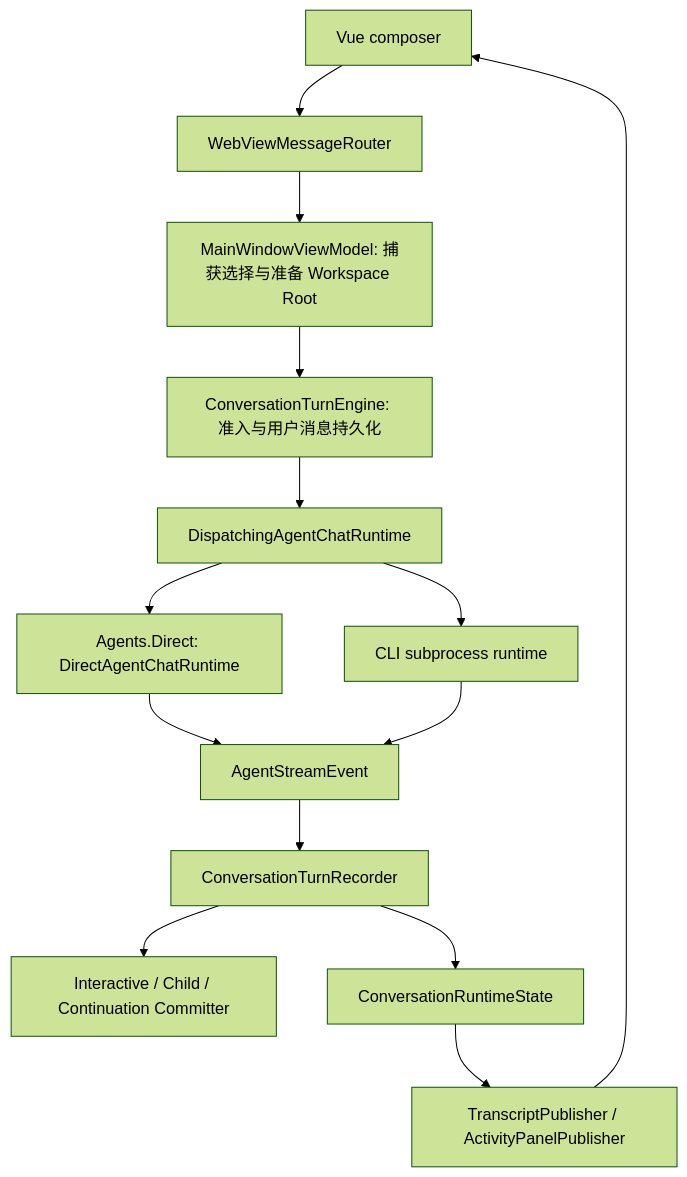
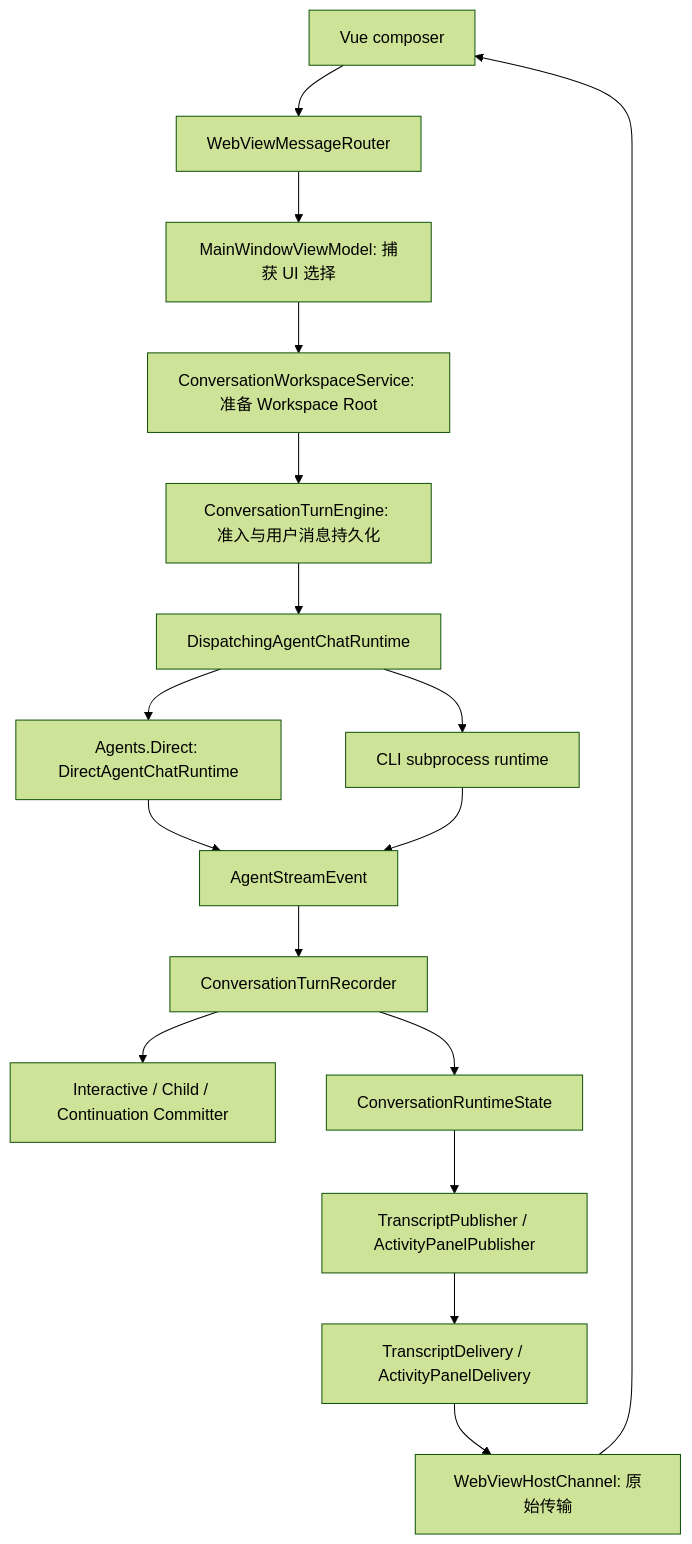
Before and after one commit to zj0135/SelfClaw: the diagram in docs/runtime-execution-flow.md, drawn with Mermaid (forest theme). The commit also changed other lines of this file and 189 other files, not shown here.

````diff
--- a/docs/runtime-execution-flow.md
+++ b/docs/runtime-execution-flow.md
@@ -7,16 +7,19 @@
 ```mermaid
 flowchart TD
     Vue[Vue composer] --> Router[WebViewMessageRouter]
-    Router --> VM[MainWindowViewModel: 捕获选择与准备 Workspace Root]
-    VM --> Engine[ConversationTurnEngine: 准入与用户消息持久化]
+    Router --> VM[MainWindowViewModel: 捕获 UI 选择]
+    VM --> Workspace[ConversationWorkspaceService: 准备 Workspace Root]
+    Workspace --> Engine[ConversationTurnEngine: 准入与用户消息持久化]
     Engine --> Dispatch[DispatchingAgentChatRuntime]
     Dispatch --> Direct[Agents.Direct: DirectAgentChatRuntime]
     Dispatch --> CLI[CLI subprocess runtime]
     Direct --> Events[AgentStreamEvent]
     CLI --> Events
     Events --> Recorder[ConversationTurnRecorder]
     Recorder --> Commit[Interactive / Child / Continuation Committer]
     Recorder --> State[ConversationRuntimeState]
     State --> Publisher[TranscriptPublisher / ActivityPanelPublisher]
-    Publisher --> Vue
+    Publisher --> Delivery[TranscriptDelivery / ActivityPanelDelivery]
+    Delivery --> Channel[WebViewHostChannel: 原始传输]
+    Channel --> Vue
 ```
````
